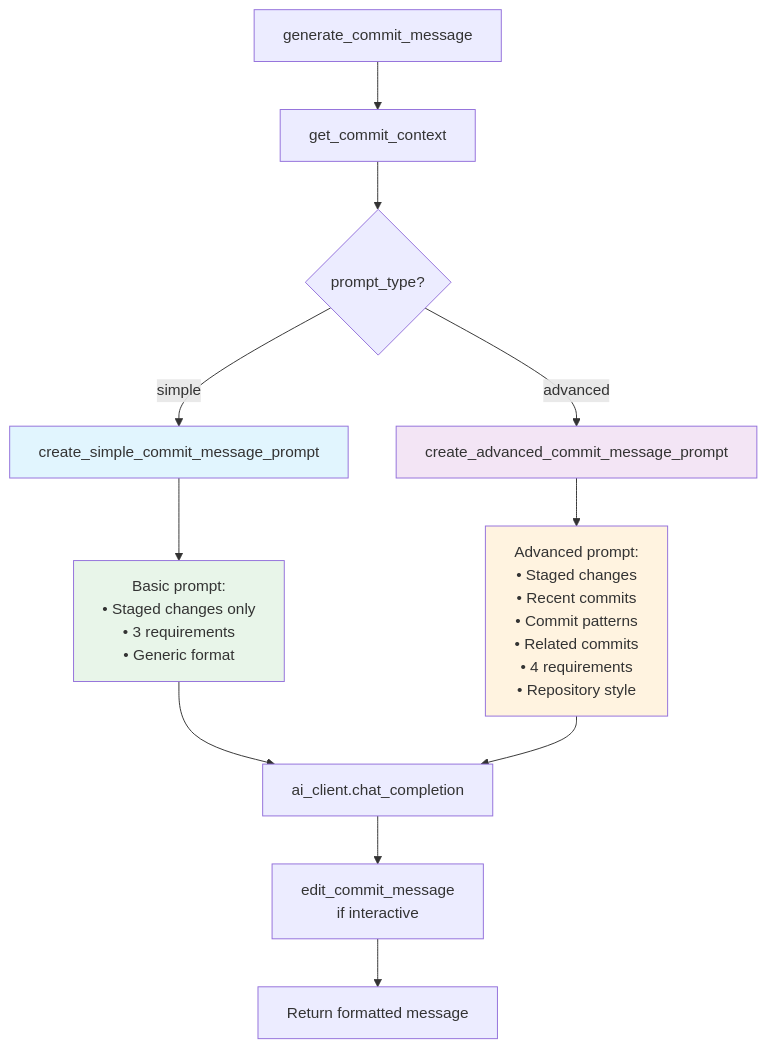
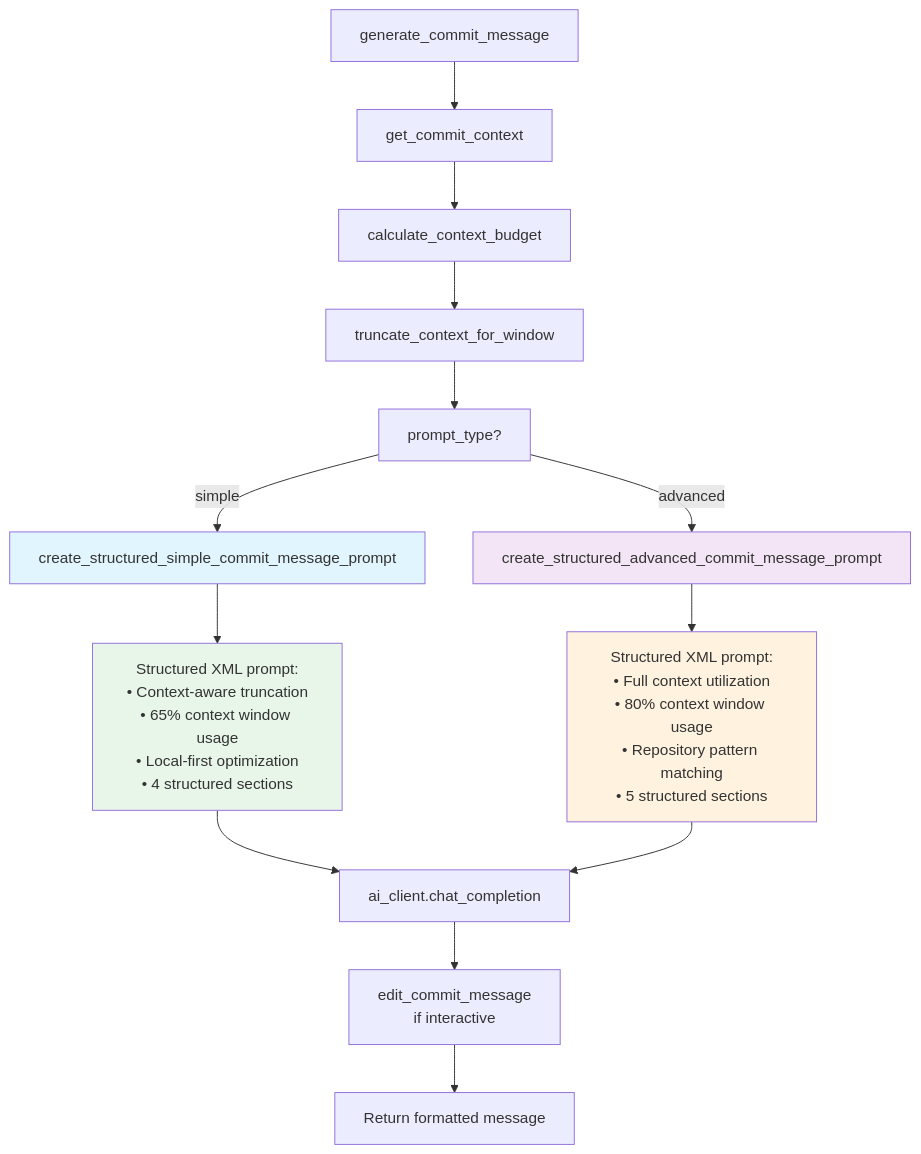
Before and after one commit to beecave-homelab/git-acp: the fifth of 8 diagrams in project-overview.md, drawn with Mermaid. The commit also changed other lines of this file and 1 other file, not shown here.

First line of the commit message:
docs 📝: Update advanced usage documentation and AI prompt modes

````diff
--- a/project-overview.md
+++ b/project-overview.md
@@ -365,22 +361,24 @@
 ```mermaid
 flowchart TD
     A[generate_commit_message] --> B[get_commit_context]
-    B --> C{prompt_type?}
+    B --> C[calculate_context_budget]
+    C --> D[truncate_context_for_window]
+    D --> E[prompt_type?]
     
-    C -->|simple| D[create_simple_commit_message_prompt]
-    C -->|advanced| E[create_advanced_commit_message_prompt]
+    E -->|simple| F[create_structured_simple_commit_message_prompt]
+    E -->|advanced| G[create_structured_advanced_commit_message_prompt]
     
-    D --> F["Basic prompt:<br/>• Staged changes only<br/>• 3 requirements<br/>• Generic format"]
-    E --> G["Advanced prompt:<br/>• Staged changes<br/>• Recent commits<br/>• Commit patterns<br/>• Related commits<br/>• 4 requirements<br/>• Repository style"]
+    F --> H["Structured XML prompt:<br/>• Context-aware truncation<br/>• 65% context window usage<br/>• Local-first optimization<br/>• 4 structured sections"]
+    G --> I["Structured XML prompt:<br/>• Full context utilization<br/>• 80% context window usage<br/>• Repository pattern matching<br/>• 5 structured sections"]
     
-    F --> H[ai_client.chat_completion]
-    G --> H
+    H --> J[ai_client.chat_completion]
+    I --> J
     
-    H --> I[edit_commit_message<br/>if interactive]
-    I --> J[Return formatted message]
+    J --> K[edit_commit_message<br/>if interactive]
+    K --> L[Return formatted message]
     
-    style D fill:#e1f5fe
-    style E fill:#f3e5f5
-    style F fill:#e8f5e9
-    style G fill:#fff3e0
+    style F fill:#e1f5fe
+    style G fill:#f3e5f5
+    style H fill:#e8f5e9
+    style I fill:#fff3e0
 ```
````
